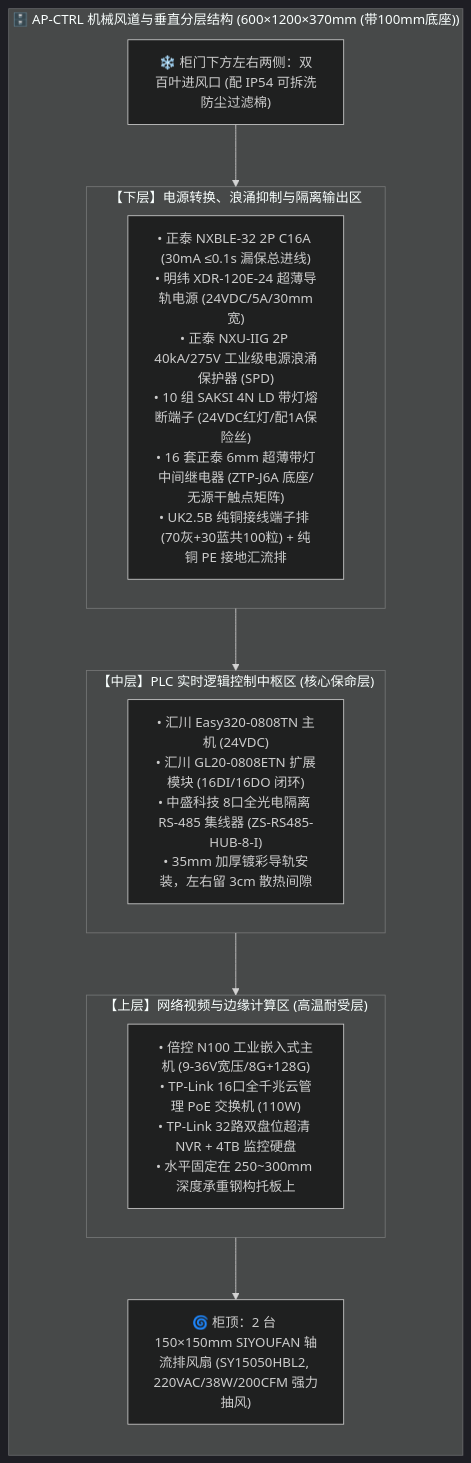
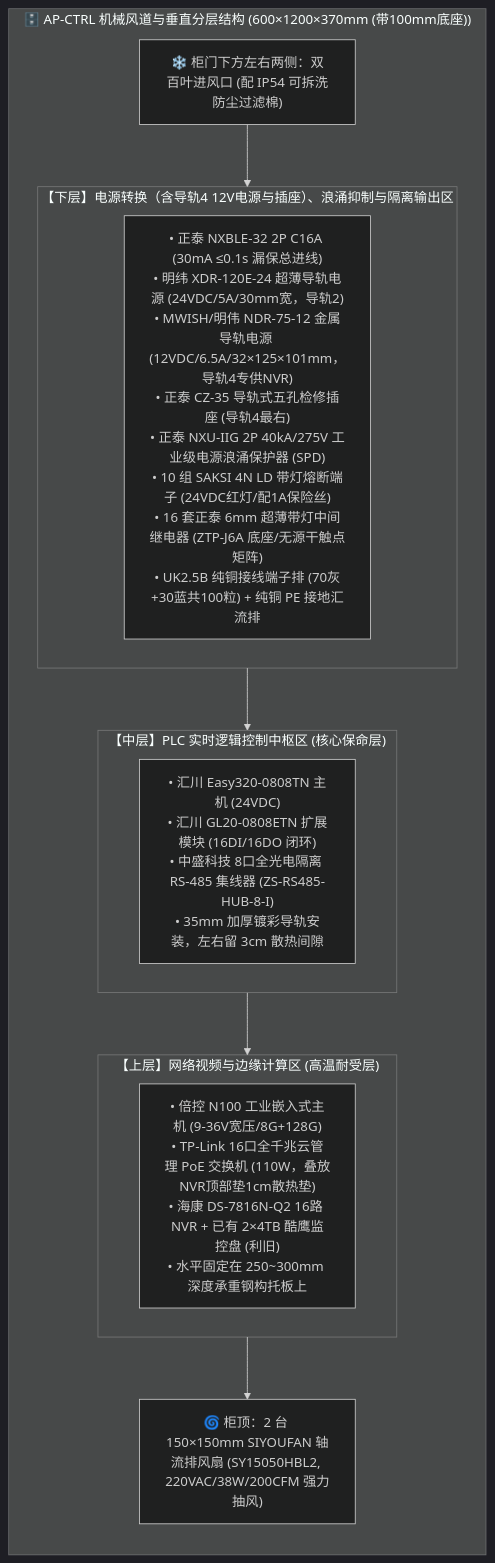
One commit to digitalboy/aquaponics changed the diagram in docs/02_requirements_and_plans/03_engineering_specs/04_中央PLC智能主控制柜配盘与电气工程规范.md. Above: the diagram before and after it, drawn with Mermaid (dark theme). The commit also changed other lines of this file and 9 other files, not shown here.

````diff
--- a/docs/02_requirements_and_plans/03_engineering_specs/04_中央PLC智能主控制柜配盘与电气工程规范.md
+++ b/docs/02_requirements_and_plans/03_engineering_specs/04_中央PLC智能主控制柜配盘与电气工程规范.md
@@ -59,26 +59,26 @@
 ```mermaid
 flowchart TD
     subgraph Cabinet ["🗄️ AP-CTRL 机械风道与垂直分层结构 (600×1200×370mm (带100mm底座))"]
         direction TB
         Fans["🌀 柜顶：2 台 150×150mm SIYOUFAN 轴流排风扇 (SY15050HBL2, 220VAC/38W/200CFM 强力抽风)"]
         
         subgraph TopLayer ["【上层】网络视频与边缘计算区 (高温耐受层)"]
-            TopNet["• 倍控 N100 工业嵌入式主机 (9-36V宽压/8G+128G)<br>• TP-Link 16口全千兆云管理 PoE 交换机 (110W)<br>• TP-Link 32路双盘位超清 NVR + 4TB 监控硬盘<br>• 水平固定在 250~300mm 深度承重钢构托板上"]
+            TopNet["• 倍控 N100 工业嵌入式主机 (9-36V宽压/8G+128G)<br>• TP-Link 16口全千兆云管理 PoE 交换机 (110W，叠放NVR顶部垫1cm散热垫)<br>• 海康 DS-7816N-Q2 16路 NVR + 已有 2×4TB 酷鹰监控盘 (利旧)<br>• 水平固定在 250~300mm 深度承重钢构托板上"]
         end
         
         subgraph MidLayer ["【中层】PLC 实时逻辑控制中枢区 (核心保命层)"]
             MidPLC["• 汇川 Easy320-0808TN 主机 (24VDC)<br>• 汇川 GL20-0808ETN 扩展模块 (16DI/16DO 闭环)<br>• 中盛科技 8口全光电隔离 RS-485 集线器 (ZS-RS485-HUB-8-I)<br>• 35mm 加厚镀彩导轨安装，左右留 3cm 散热间隙"]
         end
         
-        subgraph BottomLayer ["【下层】电源转换、浪涌抑制与隔离输出区"]
-            BottomElec["• 正泰 NXBLE-32 2P C16A (30mA ≤0.1s 漏保总进线)<br>• 明纬 XDR-120E-24 超薄导轨电源 (24VDC/5A/30mm宽)<br>• 正泰 NXU-IIG 2P 40kA/275V 工业级电源浪涌保护器 (SPD)<br>• 10 组 SAKSI 4N LD 带灯熔断端子 (24VDC红灯/配1A保险丝)<br>• 16 套正泰 6mm 超薄带灯中间继电器 (ZTP-J6A 底座/无源干触点矩阵)<br>• UK2.5B 纯铜接线端子排 (70灰+30蓝共100粒) + 纯铜 PE 接地汇流排"]
+        subgraph BottomLayer ["【下层】电源转换（含导轨4 12V电源与插座）、浪涌抑制与隔离输出区"]
+            BottomElec["• 正泰 NXBLE-32 2P C16A (30mA ≤0.1s 漏保总进线)<br>• 明纬 XDR-120E-24 超薄导轨电源 (24VDC/5A/30mm宽，导轨2)<br>• MWISH/明伟 NDR-75-12 金属导轨电源 (12VDC/6.5A/32×125×101mm，导轨4专供NVR)<br>• 正泰 CZ-35 导轨式五孔检修插座 (导轨4最右)<br>• 正泰 NXU-IIG 2P 40kA/275V 工业级电源浪涌保护器 (SPD)<br>• 10 组 SAKSI 4N LD 带灯熔断端子 (24VDC红灯/配1A保险丝)<br>• 16 套正泰 6mm 超薄带灯中间继电器 (ZTP-J6A 底座/无源干触点矩阵)<br>• UK2.5B 纯铜接线端子排 (70灰+30蓝共100粒) + 纯铜 PE 接地汇流排"]
         end
         
         Intake["❄️ 柜门下方左右两侧：双百叶进风口 (配 IP54 可拆洗防尘过滤棉)"]
         
         Intake --> BottomLayer
         BottomLayer --> MidLayer
         MidLayer --> TopLayer
         TopLayer --> Fans
     end
 ```
````
